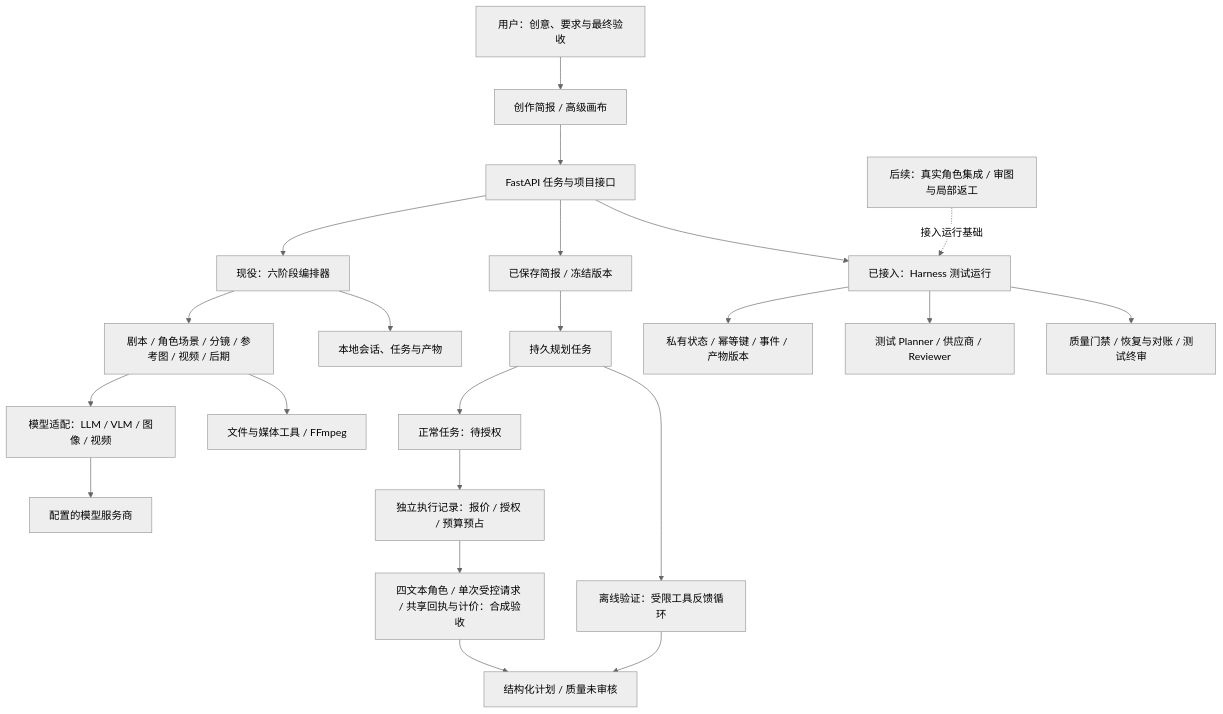
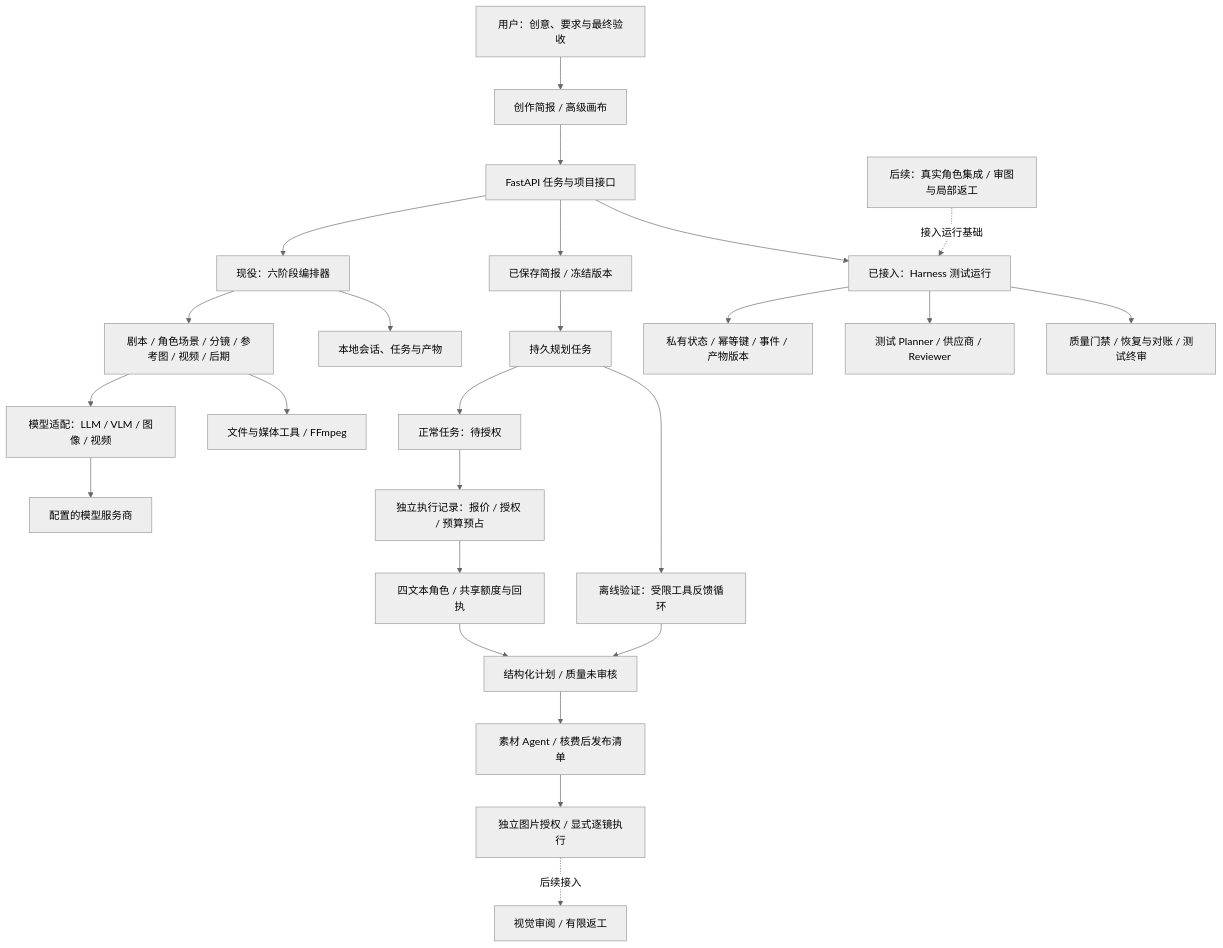
One commit to leo-ai-pm/LeonTV changed the diagram in README.md. Above: the diagram before and after it, drawn with Mermaid (neutral theme). The commit also changed other lines of this file and 7 other files, not shown here.

````diff
--- a/README.md
+++ b/README.md
@@ -69,24 +69,27 @@
 ```mermaid
 flowchart TD
     User[用户：创意、要求与最终验收] --> UI[创作简报 / 高级画布]
     UI --> API[FastAPI 任务与项目接口]
     API --> Workflow[现役：六阶段编排器]
     Workflow --> Agents[剧本 / 角色场景 / 分镜 / 参考图 / 视频 / 后期]
     Agents --> Models[模型适配：LLM / VLM / 图像 / 视频]
     Agents --> Tools[文件与媒体工具 / FFmpeg]
     Workflow --> Store[本地会话、任务与产物]
     Models --> Providers[配置的模型服务商]
     API --> Brief[已保存简报 / 冻结版本]
     Brief --> Planner[持久规划任务]
     Planner --> Wait[正常任务：待授权]
     Wait --> Control[独立执行记录：报价 / 授权 / 预算预占]
-    Control --> Synthetic[四文本角色 / 单次受控请求 / 共享回执与计价：合成验收]
-    Synthetic --> Plan
+    Control --> RoleExec[四文本角色 / 共享额度与回执]
+    RoleExec --> Plan
+    Plan --> Asset[素材 Agent / 核费后发布清单]
+    Asset --> Images[独立图片授权 / 显式逐镜执行]
+    Images -.后续接入.-> Visual[视觉审阅 / 有限返工]
     Planner --> Loop[离线验证：受限工具反馈循环]
     Loop --> Plan[结构化计划 / 质量未审核]
     API --> Runtime[已接入：Harness 测试运行]
     Runtime --> Private[私有状态 / 幂等键 / 事件 / 产物版本]
     Runtime --> Fixtures[测试 Planner / 供应商 / Reviewer]
     Runtime --> Gates[质量门禁 / 恢复与对账 / 测试终审]
     Harness[后续：真实角色集成 / 审图与局部返工] -.接入运行基础.-> Runtime
 ```
````
